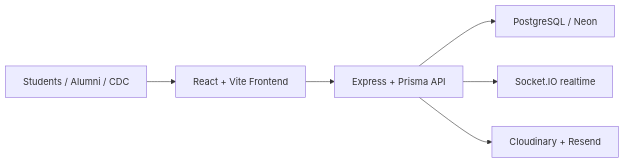
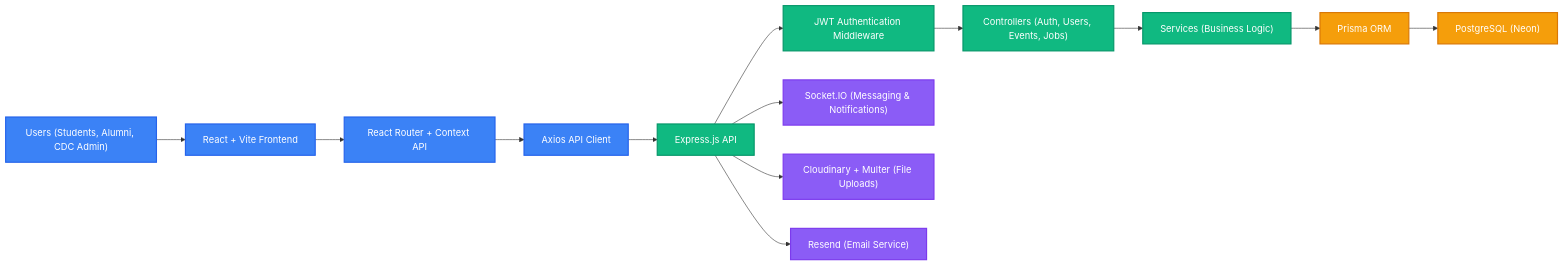
Before and after one commit to Piyush200516/AlumniConnect: the diagram in README.md, drawn with Mermaid. The commit also changed other lines of this file, not shown here.

Commit message:
Readme.md file update

````diff
--- a/README.md
+++ b/README.md
@@ -41,8 +41,35 @@
 ```mermaid
 flowchart LR
-  U["Students / Alumni / CDC"] --> F["React + Vite Frontend"]
-  F --> A["Express + Prisma API"]
-  A --> D["PostgreSQL / Neon"]
-  A --> S["Socket.IO realtime"]
-  A --> C["Cloudinary + Resend"]
+    %% Users & Client Layer
+    U["Users (Students, Alumni, CDC Admin)"] --> F["React + Vite Frontend"]
+    F --> R["React Router + Context API"]
+    
+    %% API Communication Layer
+    R --> X["Axios API Client"]
+    X --> A["Express.js API"]
+    
+    %% Backend & Security Layer
+    A --> M["JWT Authentication Middleware"]
+    M --> C["Controllers (Auth, Users, Events, Jobs)"]
+    C --> S["Services (Business Logic)"]
+    
+    %% Database & ORM
+    S --> P["Prisma ORM"]
+    P --> D["PostgreSQL (Neon)"]
+    
+    %% External Services & Real-time
+    A --> SO["Socket.IO (Messaging & Notifications)"]
+    A --> CL["Cloudinary + Multer (File Uploads)"]
+    A --> RE["Resend (Email Service)"]
+
+    %% Styling
+    classDef client fill:#3b82f6,stroke:#2563eb,stroke-width:2px,color:#fff;
+    classDef server fill:#10b981,stroke:#059669,stroke-width:2px,color:#fff;
+    classDef db fill:#f59e0b,stroke:#d97706,stroke-width:2px,color:#fff;
+    classDef ext fill:#8b5cf6,stroke:#7c3aed,stroke-width:2px,color:#fff;
+
+    class U,F,R,X client;
+    class A,M,C,S server;
+    class P,D db;
+    class SO,CL,RE ext;
 ```
````
